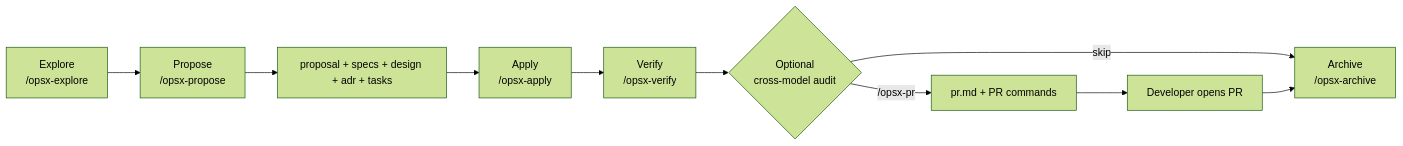
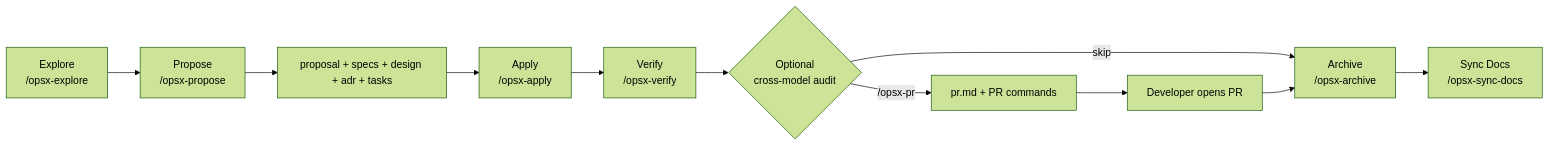
One commit to nemanja010/ai-scaffolding changed the diagram in README.md. Above: the diagram before and after it, drawn with Mermaid (forest theme). The commit also changed other lines of this file and 33 other files, not shown here.

````diff
--- a/README.md
+++ b/README.md
@@ -41,12 +42,13 @@
 ```mermaid
 flowchart LR
     A[Explore<br/>/opsx-explore] --> B[Propose<br/>/opsx-propose]
     B --> C[proposal + specs + design + adr + tasks]
     C --> D[Apply<br/>/opsx-apply]
     D --> E[Verify<br/>/opsx-verify]
     E --> F{Optional<br/>cross-model audit}
     F -->|/opsx-pr| G[pr.md + PR commands]
     F -->|skip| H[Archive<br/>/opsx-archive]
     G --> I[Developer opens PR]
     I --> H
+    H --> J[Sync Docs<br/>/opsx-sync-docs]
 ```
````
